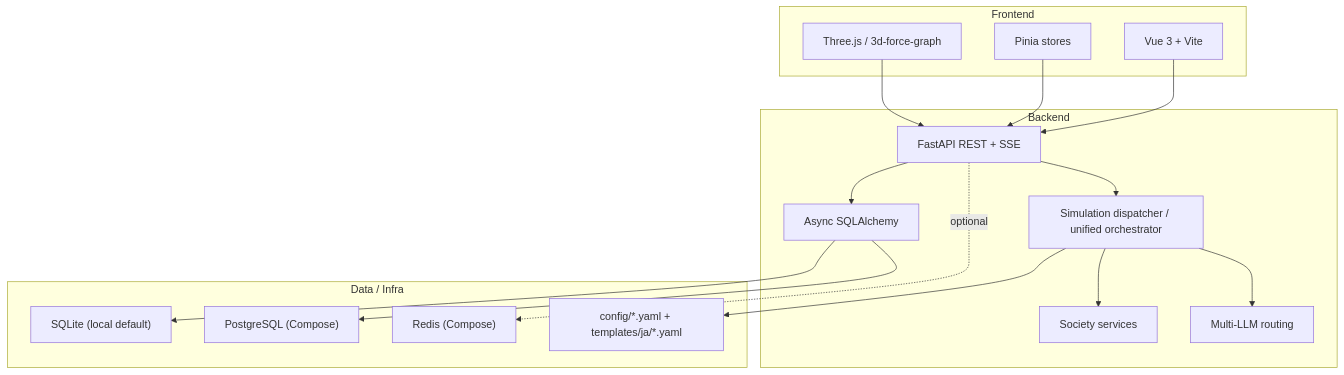
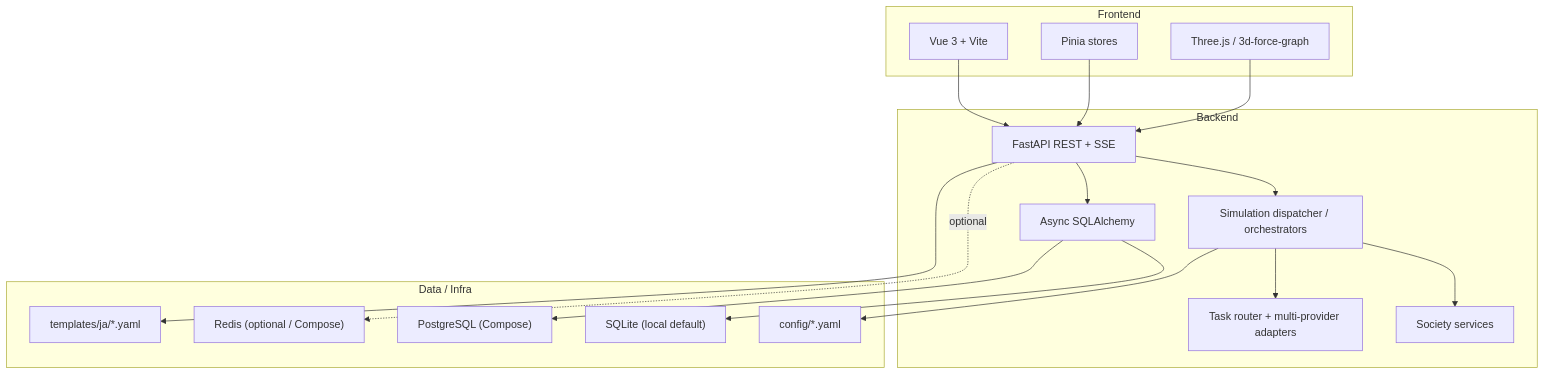
One commit to usagi917/agoraAI changed the diagram in README.en.md. Above: the diagram before and after it, drawn with Mermaid. The commit also changed other lines of this file and 1 other file, not shown here.

````diff
--- a/README.en.md
+++ b/README.en.md
@@ -74,35 +52,37 @@
 ```mermaid
 flowchart TB
     subgraph Frontend["Frontend"]
         UI["Vue 3 + Vite"]
         STORE["Pinia stores"]
         GRAPH["Three.js / 3d-force-graph"]
     end
 
     subgraph Backend["Backend"]
         API["FastAPI REST + SSE"]
-        ORCH["Simulation dispatcher / unified orchestrator"]
+        ORCH["Simulation dispatcher / orchestrators"]
         SOC["Society services"]
-        LLM["Multi-LLM routing"]
+        LLM["Task router + multi-provider adapters"]
         DB["Async SQLAlchemy"]
     end
 
     subgraph Data["Data / Infra"]
         SQLITE["SQLite (local default)"]
         POSTGRES["PostgreSQL (Compose)"]
-        REDIS["Redis (Compose)"]
-        CFG["config/*.yaml + templates/ja/*.yaml"]
+        REDIS["Redis (optional / Compose)"]
+        CFG["config/*.yaml"]
+        TMPL["templates/ja/*.yaml"]
     end
 
     UI --> API
     STORE --> API
     GRAPH --> API
     API --> ORCH
     ORCH --> SOC
     ORCH --> LLM
     API --> DB
     DB --> SQLITE
     DB --> POSTGRES
     ORCH --> CFG
     API -. optional .-> REDIS
+    API --> TMPL
 ```
````
